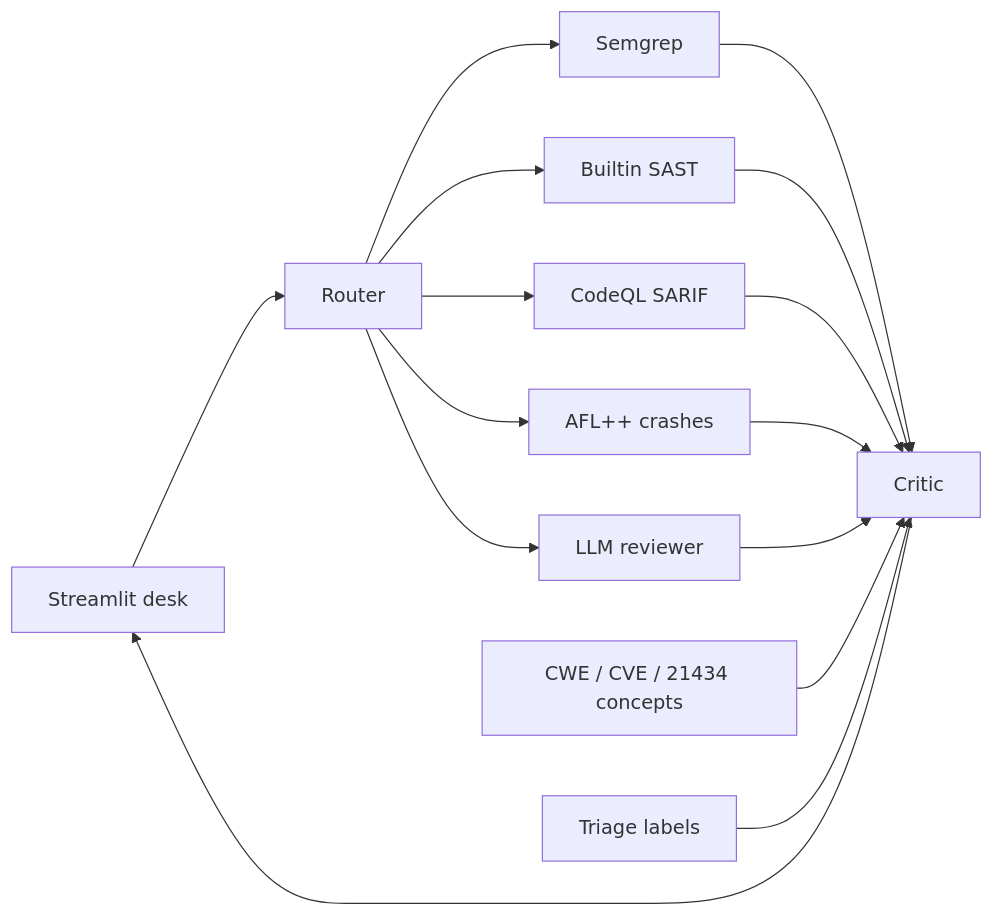
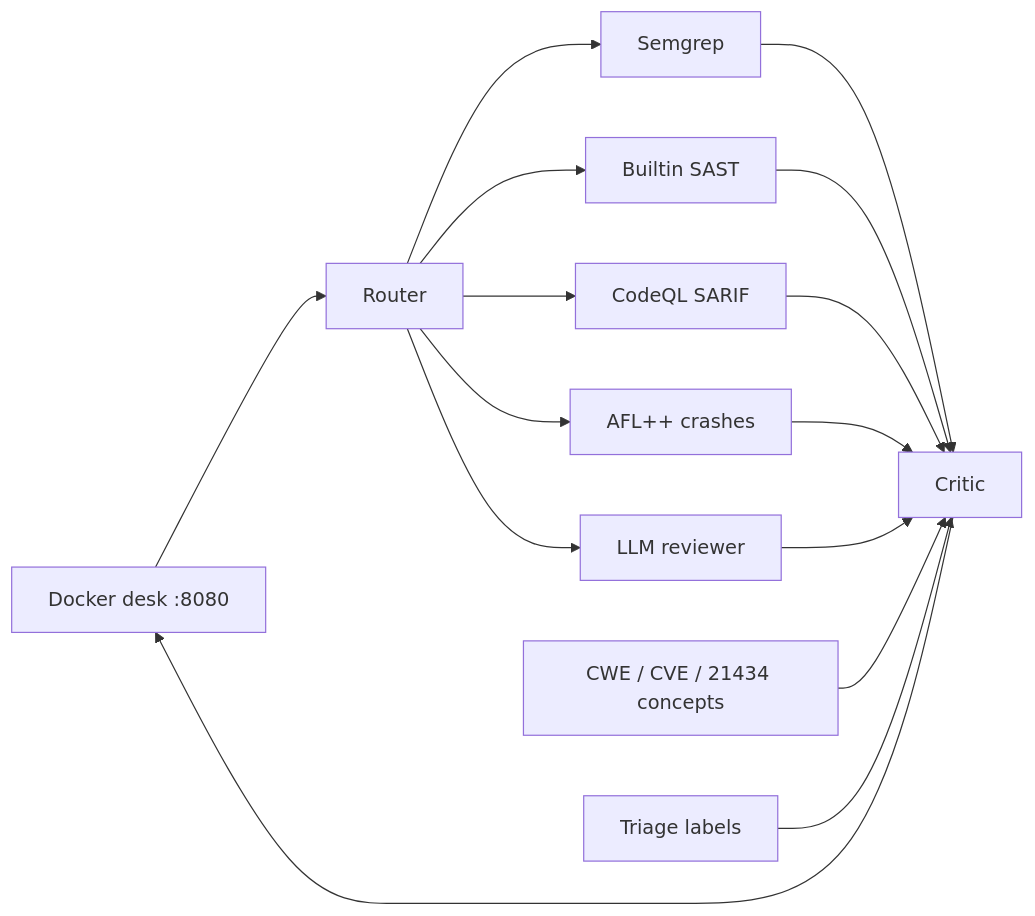
The diagram in README.md (Shyam-Gupta-Chiliveri/Agentic-AI-Security-Toolchain), drawn with Mermaid before and after one commit. The commit also changed other lines of this file and 16 other files, not shown here.

````diff
--- a/README.md
+++ b/README.md
@@ -18,17 +18,17 @@
 ```mermaid
 flowchart LR
-  UI[Streamlit desk] --> R[Router]
+  UI[Docker desk :8080] --> R[Router]
   R --> S[Semgrep]
   R --> B[Builtin SAST]
   R --> Q[CodeQL SARIF]
   R --> F[AFL++ crashes]
   R --> L[LLM reviewer]
   S --> C[Critic]
   B --> C
   Q --> C
   F --> C
   L --> C
   RAG[CWE / CVE / 21434 concepts] --> C
   Labels[Triage labels] --> C
   C --> UI
 ```
````
